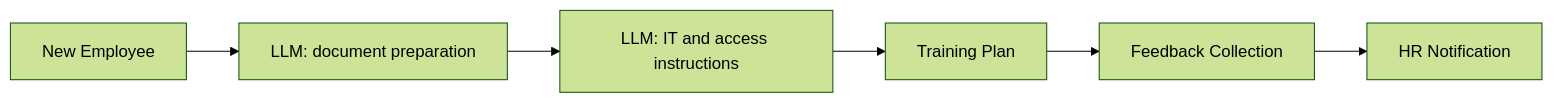
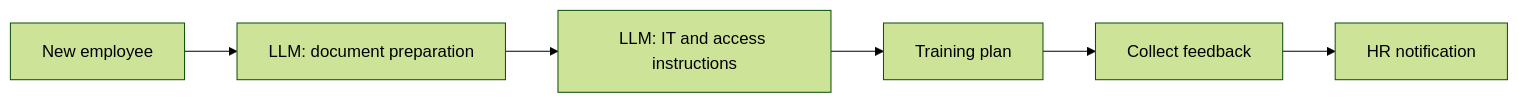
The second of 12 diagrams in cognitive-book/docs/junior/_workflows-examples-p2.mdx (all-mute/learn-agents), drawn with Mermaid (forest theme) before and after one commit. The commit also changed other lines of this file and 93 other files, not shown here.

````diff
--- a/cognitive-book/docs/junior/_workflows-examples-p2.mdx
+++ b/cognitive-book/docs/junior/_workflows-examples-p2.mdx
@@ -86,8 +86,8 @@
 ```mermaid
 flowchart LR
-    NewHire[New Employee] --> Docs[LLM: document preparation]
+    NewHire[New employee] --> Docs[LLM: document preparation]
     Docs --> Setup[LLM: IT and access instructions]
-    Setup --> Training[Training Plan]
-    Training --> Feedback[Feedback Collection]
-    Feedback --> HR[HR Notification]
+    Setup --> Training[Training plan]
+    Training --> Feedback[Collect feedback]
+    Feedback --> HR[HR notification]
 ```
````
